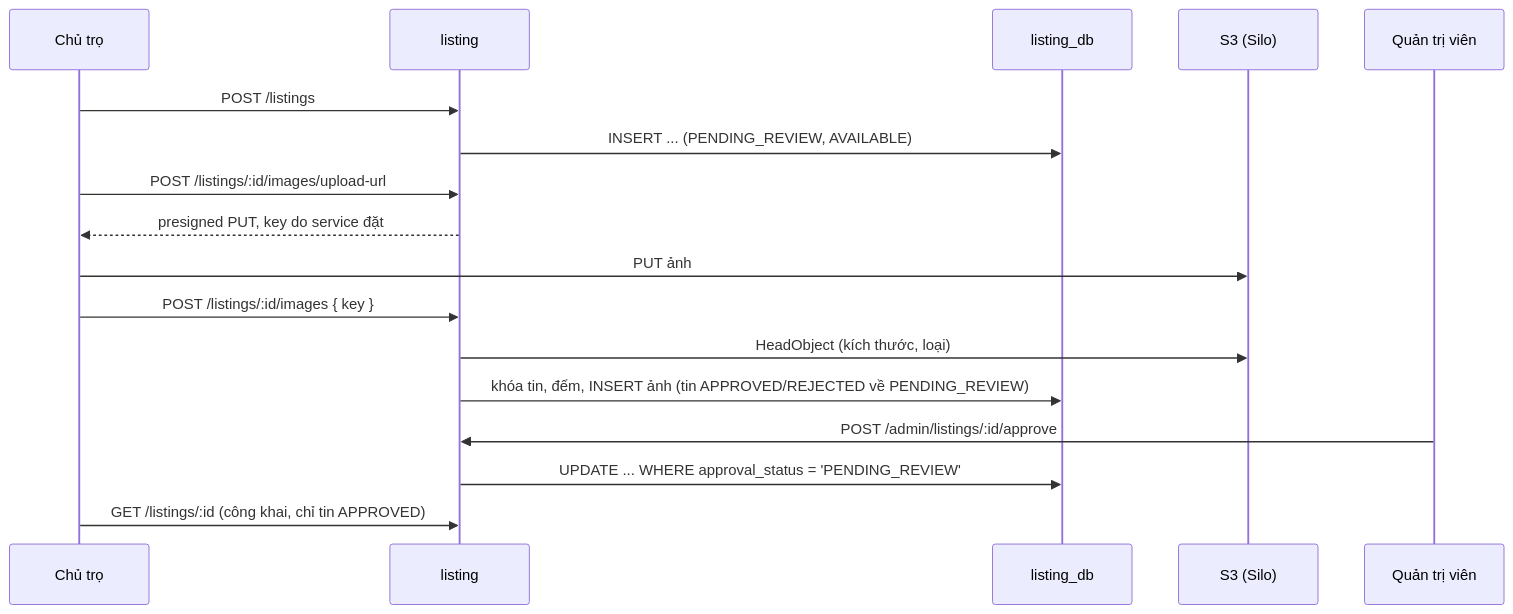
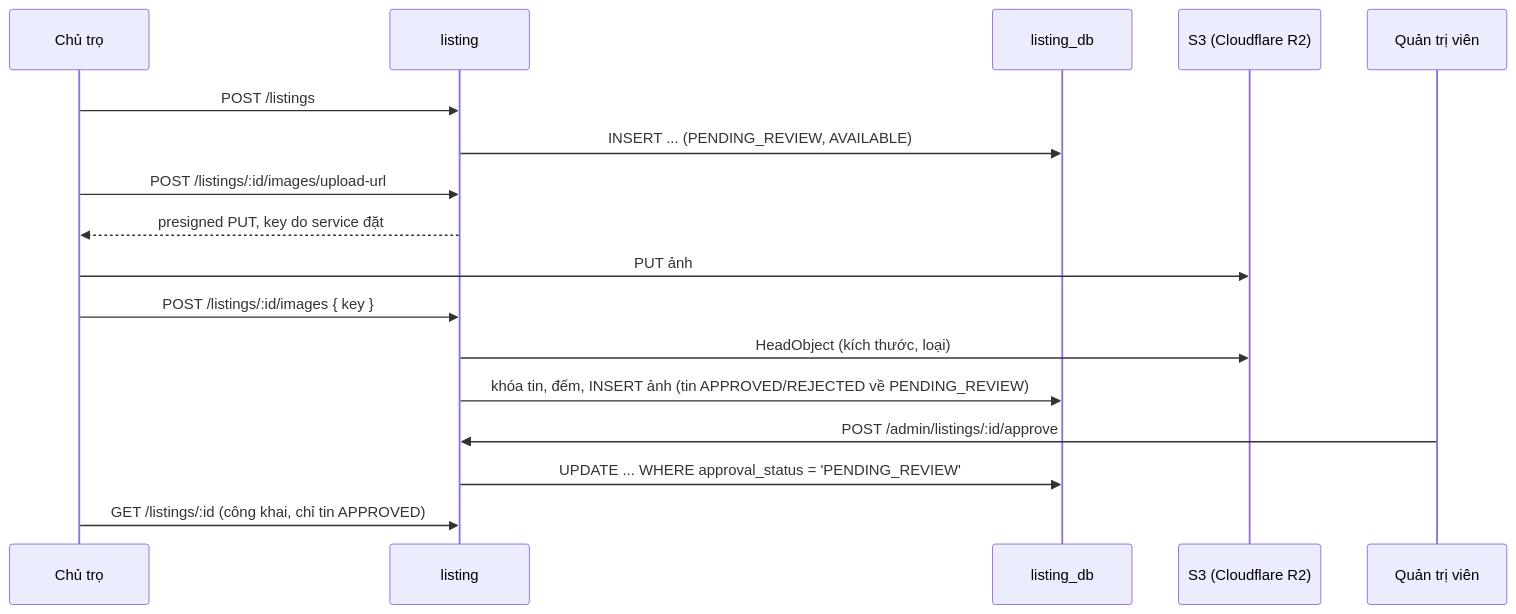
Before and after one commit to hoanglv25/Realestate_Microservice: the first of 3 diagrams in project-knowledge/guides/RE_Listing_Code_Walkthrough.md, drawn with Mermaid. The commit also changed other lines of this file and 3 other files, not shown here.

````diff
--- a/project-knowledge/guides/RE_Listing_Code_Walkthrough.md
+++ b/project-knowledge/guides/RE_Listing_Code_Walkthrough.md
@@ -19,19 +19,19 @@
 ```mermaid
 sequenceDiagram
     participant C as Chủ trọ
     participant L as listing
     participant DB as listing_db
-    participant S3 as S3 (Silo)
+    participant S3 as S3 (Cloudflare R2)
     participant A as Quản trị viên
     C->>L: POST /listings
     L->>DB: INSERT ... (PENDING_REVIEW, AVAILABLE)
     C->>L: POST /listings/:id/images/upload-url
     L-->>C: presigned PUT, key do service đặt
     C->>S3: PUT ảnh
     C->>L: POST /listings/:id/images { key }
     L->>S3: HeadObject (kích thước, loại)
     L->>DB: khóa tin, đếm, INSERT ảnh (tin APPROVED/REJECTED về PENDING_REVIEW)
     A->>L: POST /admin/listings/:id/approve
     L->>DB: UPDATE ... WHERE approval_status = 'PENDING_REVIEW'
     C->>L: GET /listings/:id (công khai, chỉ tin APPROVED)
 ```
````
